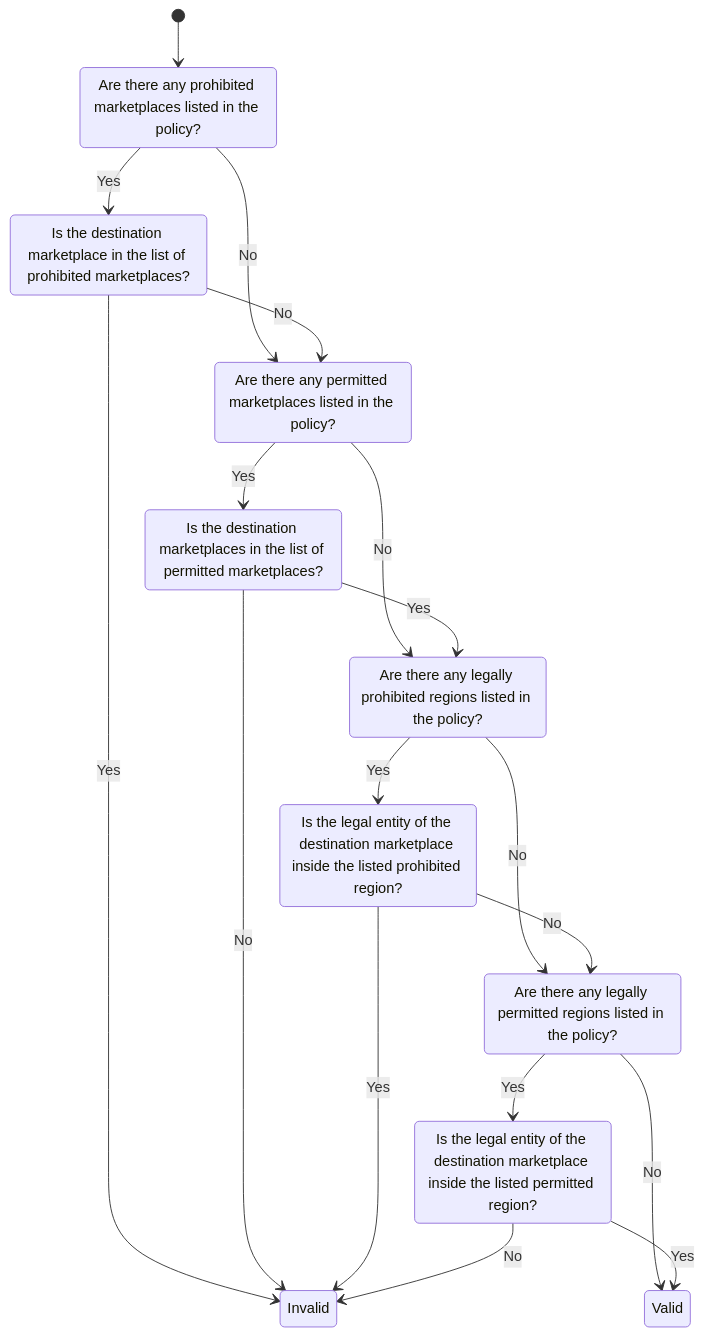
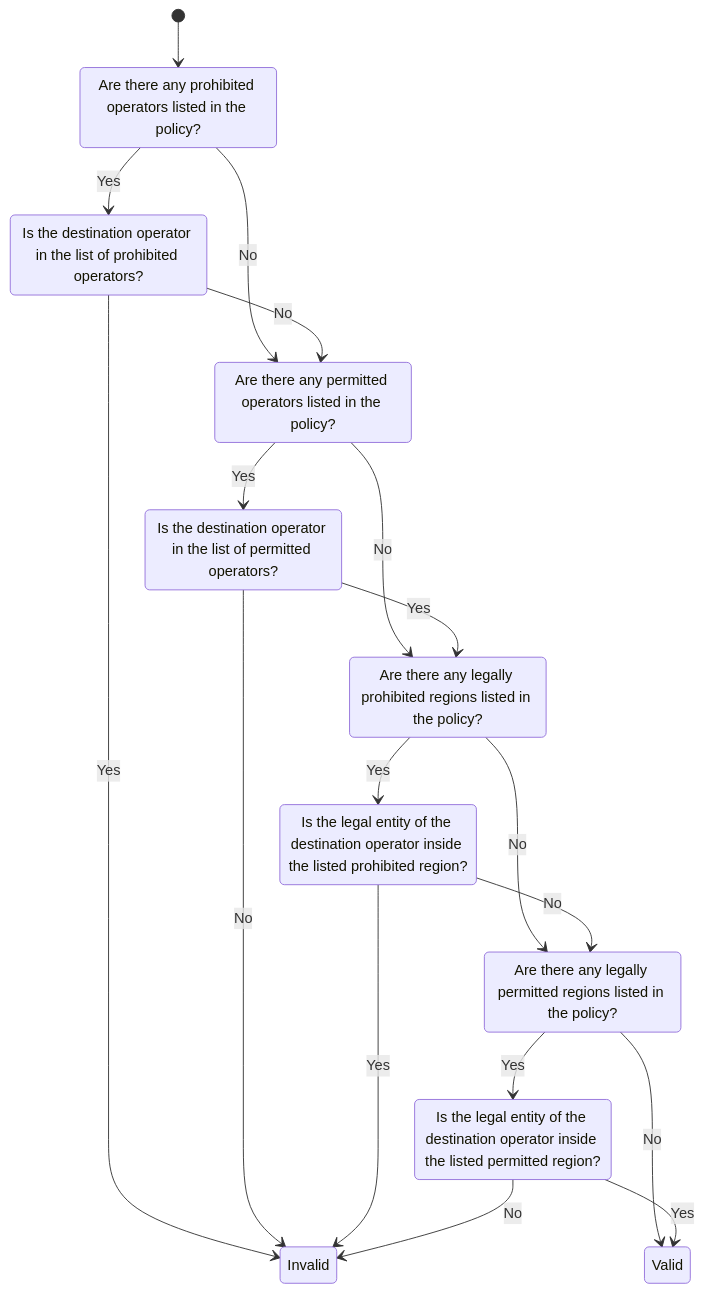
One commit to DOME-Marketplace/dome-odrl-profile changed the second of 4 diagrams in docs/policy-evaluation-strategy.md. Above: the diagram before and after it, drawn with Mermaid. The commit also changed other lines of this file and 1 other file, not shown here.

Commit message:
fixed some marketplace to operator

````diff
--- a/docs/policy-evaluation-strategy.md
+++ b/docs/policy-evaluation-strategy.md
@@ -68,38 +68,38 @@
 ```mermaid
 stateDiagram-v2
   [*] --> Q1_1
 
-  Q1_1 : Are there any prohibited marketplaces listed in the policy?
+  Q1_1 : Are there any prohibited operators listed in the policy?
   Q1_1 --> Q1_2 : Yes
   Q1_1 --> Q2_1 : No
-  Q1_2 : Is the destination marketplace in the list of prohibited marketplaces?
+  Q1_2 : Is the destination operator in the list of prohibited operators?
   Q1_2 --> INVALID : Yes
   Q1_2 --> Q2_1 : No
 
-  Q2_1 : Are there any permitted marketplaces listed in the policy?
+  Q2_1 : Are there any permitted operators listed in the policy?
   Q2_1 --> Q2_2 : Yes
   Q2_1 --> Q3_1 : No
-  Q2_2 : Is the destination marketplaces in the list of permitted marketplaces?
+  Q2_2 : Is the destination operator in the list of permitted operators?
   Q2_2 --> Q3_1 : Yes
   Q2_2 --> INVALID : No
 
   Q3_1 : Are there any legally prohibited regions listed in the policy?
   Q3_1 --> Q3_2 : Yes
   Q3_1 --> Q4_1 : No
-  Q3_2 : Is the legal entity of the destination marketplace inside the listed prohibited region?
+  Q3_2 : Is the legal entity of the destination operator inside the listed prohibited region?
   Q3_2 --> INVALID : Yes
   Q3_2 --> Q4_1 : No
 
   Q4_1 : Are there any legally permitted regions listed in the policy?
   Q4_1 --> Q4_2 : Yes
   Q4_1 --> VALID : No
-  Q4_2 : Is the legal entity of the destination marketplace inside the listed permitted region?
+  Q4_2 : Is the legal entity of the destination operator inside the listed permitted region?
   Q4_2 --> VALID : Yes
   Q4_2 --> INVALID : No
 
   VALID:::FinalEvent : Valid
   INVALID:::ErrorEvent : Invalid
 
   classDef FinalEvent fill:darkgreen,color:white
   classDef ErrorEvent fill:darkred,color:white
 ```
````
